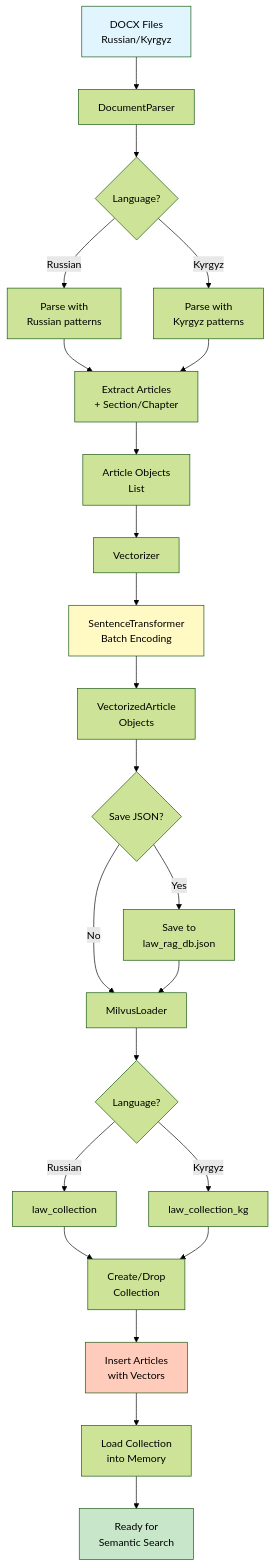
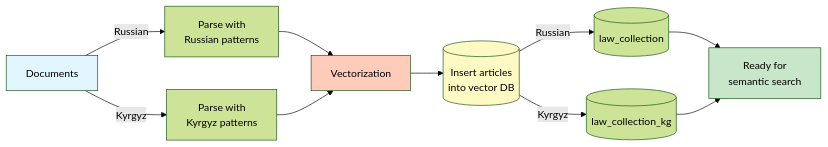
The first of 5 diagrams in README.md (Hanbiike/law-rag-system), drawn with Mermaid (forest theme) before and after one commit. The commit also changed other lines of this file and 9 other files, not shown here.

````diff
--- a/README.md
+++ b/README.md
@@ -246,38 +246,17 @@
 ```mermaid
-flowchart TD
-    A[DOCX Files<br/>Russian/Kyrgyz] --> B[DocumentParser]
-    B --> C{Language?}
-    
-    C -->|Russian| D1[Parse with<br/>Russian patterns]
-    C -->|Kyrgyz| D2[Parse with<br/>Kyrgyz patterns]
-    
-    D1 --> E[Extract Articles<br/>+ Section/Chapter]
-    D2 --> E
-    
-    E --> F[Article Objects<br/>List]
-    F --> G[Vectorizer]
-    
-    G --> H[SentenceTransformer<br/>Batch Encoding]
-    H --> I[VectorizedArticle<br/>Objects]
-    
-    I --> J{Save JSON?}
-    J -->|Yes| K[Save to<br/>law_rag_db.json]
-    J -->|No| L[MilvusLoader]
-    K --> L
-    
-    L --> M{Language?}
-    M -->|Russian| N1[law_collection]
-    M -->|Kyrgyz| N2[law_collection_kg]
-    
-    N1 --> O[Create/Drop<br/>Collection]
+flowchart LR
+    A["Documents"] -- Russian --> D1["Parse with<br>Russian patterns"]
+    A -- Kyrgyz --> D2["Parse with<br>Kyrgyz patterns"]
+    D1 --> G["Vectorization"]
+    D2 --> G
+    G --> L[("Insert articles<br>into vector DB")]
+    L -- Russian --> N1[("law_collection")]
+    L -- Kyrgyz --> N2[("law_collection_kg")]
+    N1 --> O["Ready for<br>semantic search"]
     N2 --> O
-    
-    O --> P[Insert Articles<br/>with Vectors]
-    P --> Q[Load Collection<br/>into Memory]
-    Q --> R[Ready for<br/>Semantic Search]
-    
+
     style A fill:#e1f5ff
-    style R fill:#c8e6c9
-    style H fill:#fff9c4
-    style P fill:#ffccbc
+    style G fill:#ffccbc
+    style L fill:#fff9c4
+    style O fill:#c8e6c9
 ```
````
